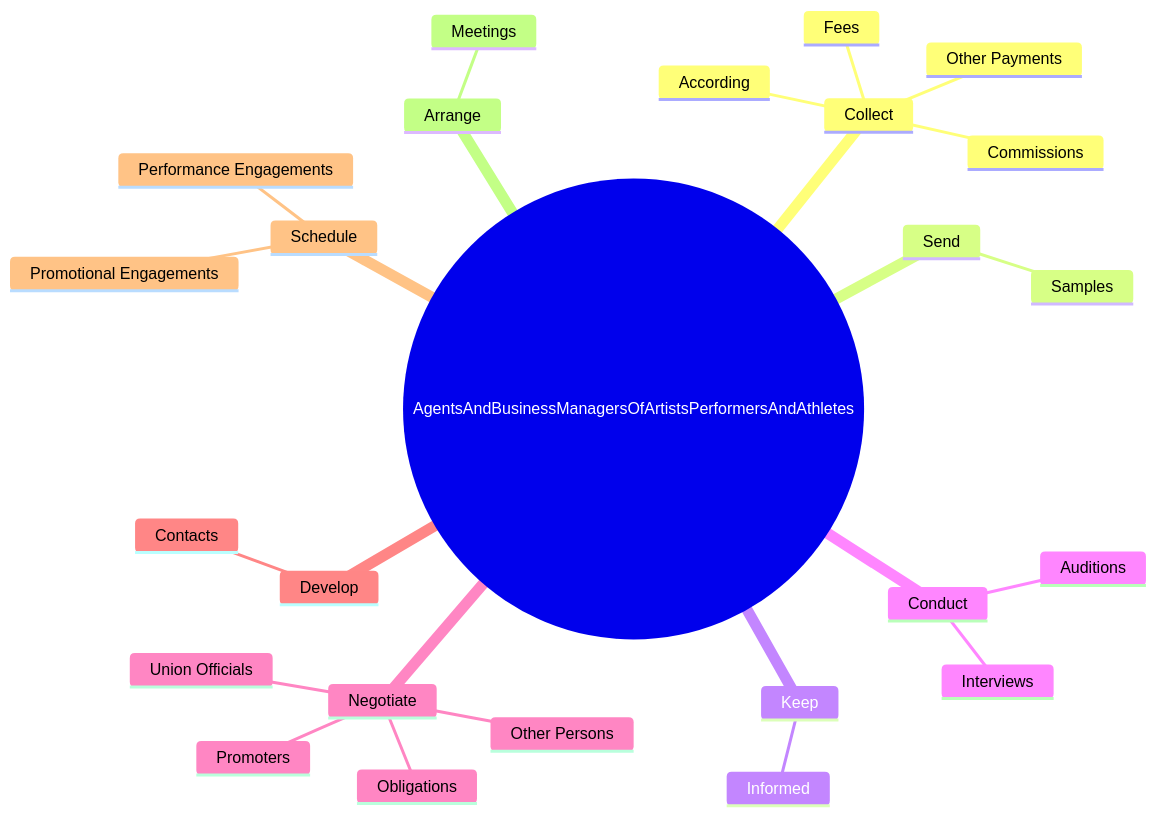
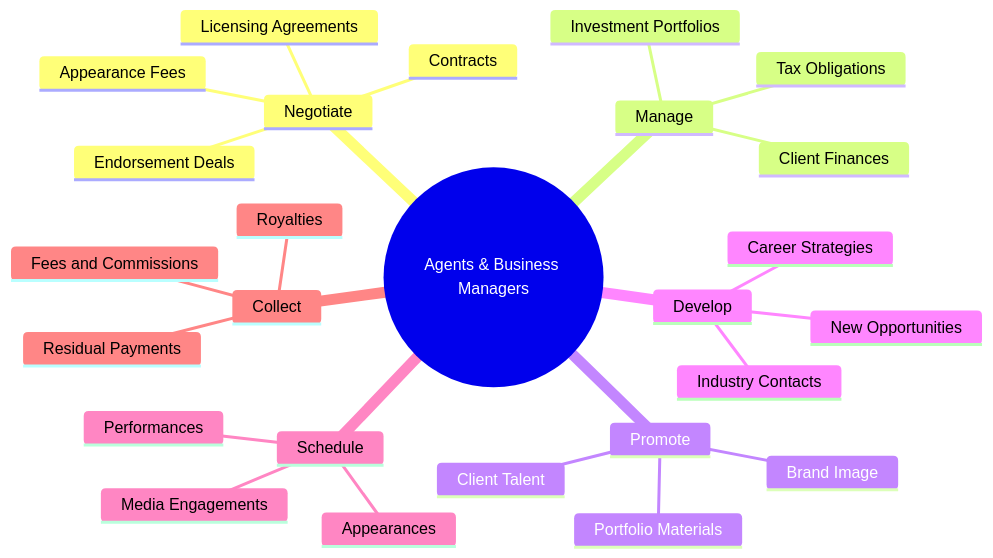
Before and after one commit to kziemski/business.org.ai: the second of 4 diagrams in occupations/Business/AgentsAndBusinessManagersOfArtistsPerformersAndAthletes.mdx, drawn with Mermaid. The commit also changed other lines of this file and 938 other files, not shown here.

````diff
--- a/occupations/Business/AgentsAndBusinessManagersOfArtistsPerformersAndAthletes.mdx
+++ b/occupations/Business/AgentsAndBusinessManagersOfArtistsPerformersAndAthletes.mdx
@@ -37,28 +48,29 @@
 ```mermaid
 mindmap
-    root(("AgentsAndBusinessManagersOfArtistsPerformersAndAthletes"))
+    root(("Agents & Business Managers"))
+        Negotiate
+            Contracts
+            Endorsement Deals
+            Appearance Fees
+            Licensing Agreements
+        Manage
+            Client Finances
+            Investment Portfolios
+            Tax Obligations
+        Promote
+            Client Talent
+            Portfolio Materials
+            Brand Image
+        Develop
+            Career Strategies
+            Industry Contacts
+            New Opportunities
+        Schedule
+            Performances
+            Appearances
+            Media Engagements
         Collect
-            Fees
-            Commissions
-            Other Payments
-            According
-        Send
-            Samples
-        Keep
-            Informed
-        Conduct
-            Auditions
-            Interviews
-        Negotiate
-            Promoters
-            Union Officials
-            Other Persons
-            Obligations
-        Develop
-            Contacts
-        Schedule
-            Promotional Engagements
-            Performance Engagements
-        Arrange
-            Meetings
+            Fees and Commissions
+            Royalties
+            Residual Payments
 ```
````
